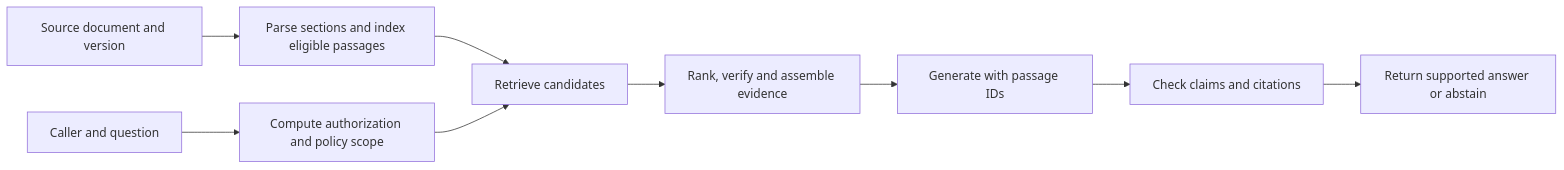
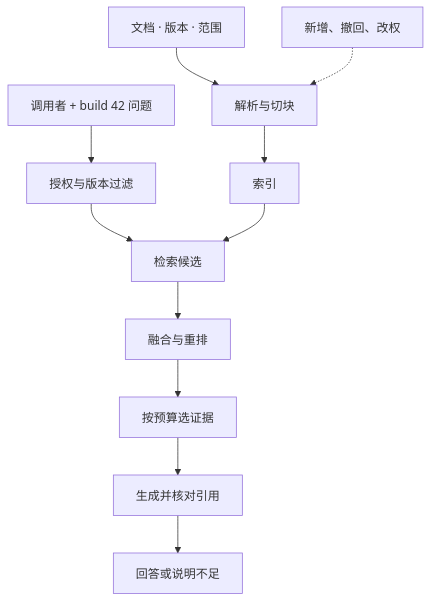
Before and after one commit to Negronii/MyNotes: the eighth of 12 diagrams in review/generated/ai-engineering.md, drawn with Mermaid. The commit also changed other lines of this file and 5 other files, not shown here.

```diff
--- a/review/generated/ai-engineering.md
+++ b/review/generated/ai-engineering.md
@@ -1338,11 +1326,8 @@
 ~~~mermaid
-flowchart LR
-    Source["Source document and version"] --> Index["Parse sections and index eligible passages"]
-    Caller["Caller and question"] --> Scope["Compute authorization and policy scope"]
-    Index --> Candidates["Retrieve candidates"]
-    Scope --> Candidates
-    Candidates --> Evidence["Rank, verify and assemble evidence"]
-    Evidence --> Model["Generate with passage IDs"]
-    Model --> Check["Check claims and citations"]
-    Check --> Output["Return supported answer or abstain"]
+flowchart TD
+    Docs["文档 · 版本 · 范围"] --> Parse["解析与切块"] --> Index["索引"]
+    Caller["调用者 + build 42 问题"] --> Scope["授权与版本过滤"] --> Search["检索候选"]
+    Index --> Search
+    Search --> Rank["融合与重排"] --> Pack["按预算选证据"] --> Check["生成并核对引用"] --> Answer["回答或说明不足"]
+    Change["新增、撤回、改权"] -.-> Parse
 ~~~
```
